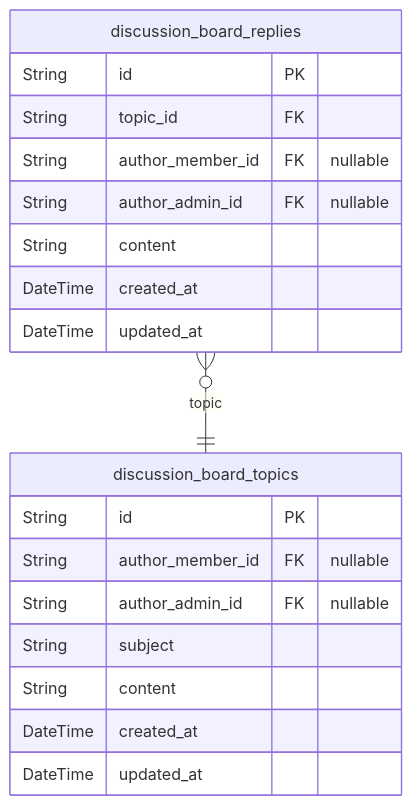
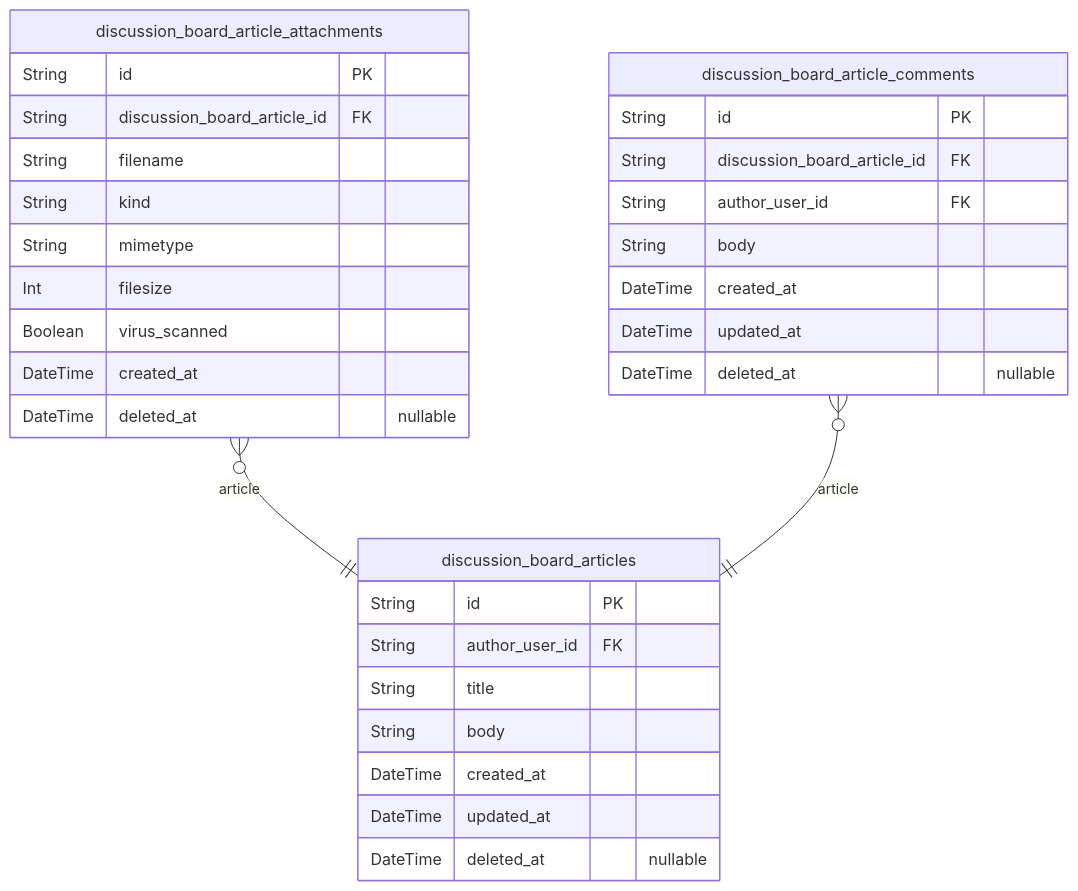
The second of 3 diagrams in openai/gpt-4.1/bbs/docs/ERD.md (wrtnlabs/autobe-examples), drawn with Mermaid before and after one commit. The commit also changed other lines of this file and 16146 other files, not shown here.

````diff
--- a/openai/gpt-4.1/bbs/docs/ERD.md
+++ b/openai/gpt-4.1/bbs/docs/ERD.md
@@ -140,22 +162,34 @@
 ```mermaid
 erDiagram
-"discussion_board_topics" {
+"discussion_board_articles" {
   String id PK
-  String author_member_id FK "nullable"
-  String author_admin_id FK "nullable"
-  String subject
-  String content
+  String author_user_id FK
+  String title
+  String body
   DateTime created_at
   DateTime updated_at
+  DateTime deleted_at "nullable"
 }
-"discussion_board_replies" {
+"discussion_board_article_attachments" {
   String id PK
-  String topic_id FK
-  String author_member_id FK "nullable"
-  String author_admin_id FK "nullable"
-  String content
+  String discussion_board_article_id FK
+  String filename
+  String kind
+  String mimetype
+  Int filesize
+  Boolean virus_scanned
+  DateTime created_at
+  DateTime deleted_at "nullable"
+}
+"discussion_board_article_comments" {
+  String id PK
+  String discussion_board_article_id FK
+  String author_user_id FK
+  String body
   DateTime created_at
   DateTime updated_at
+  DateTime deleted_at "nullable"
 }
-"discussion_board_replies" }o--|| "discussion_board_topics" : topic
+"discussion_board_article_attachments" }o--|| "discussion_board_articles" : article
+"discussion_board_article_comments" }o--|| "discussion_board_articles" : article
 ```
````
